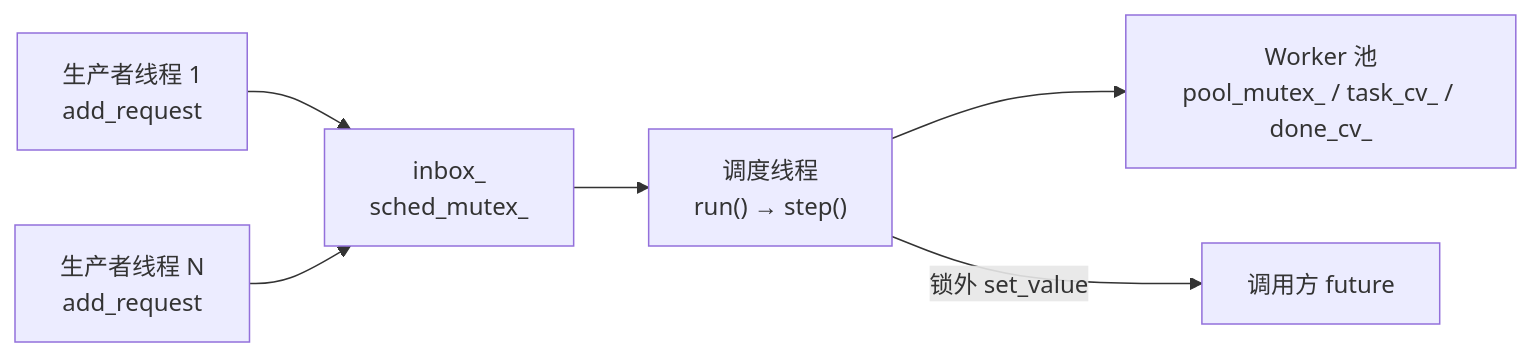
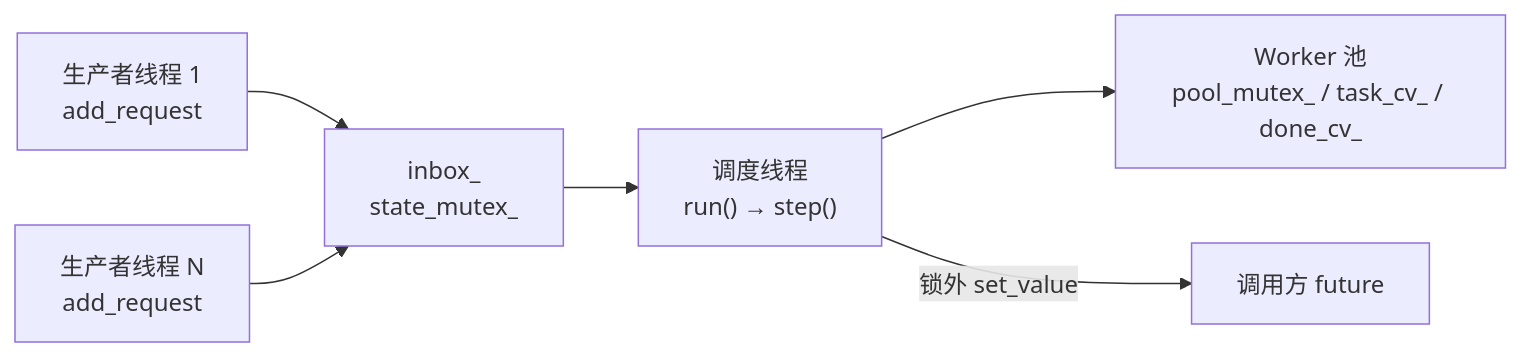
One commit to laoyeye831/learn-vllm-paged-kvcache changed the fourth of 6 diagrams in docs/ARCHITECTURE.md. Above: the diagram before and after it, drawn with Mermaid. The commit also changed other lines of this file and 3 other files, not shown here.

````diff
--- a/docs/ARCHITECTURE.md
+++ b/docs/ARCHITECTURE.md
@@ -185,8 +185,8 @@
 ```mermaid
 flowchart LR
-    P1["生产者线程 1<br/>add_request"] --> IN["inbox_<br/>sched_mutex_"]
+    P1["生产者线程 1<br/>add_request"] --> IN["inbox_<br/>state_mutex_"]
     P2["生产者线程 N<br/>add_request"] --> IN
     IN --> ST["调度线程<br/>run() → step()"]
     ST --> POOL["Worker 池<br/>pool_mutex_ / task_cv_ / done_cv_"]
     ST -->|"锁外 set_value"| FU["调用方 future"]
 ```
````
